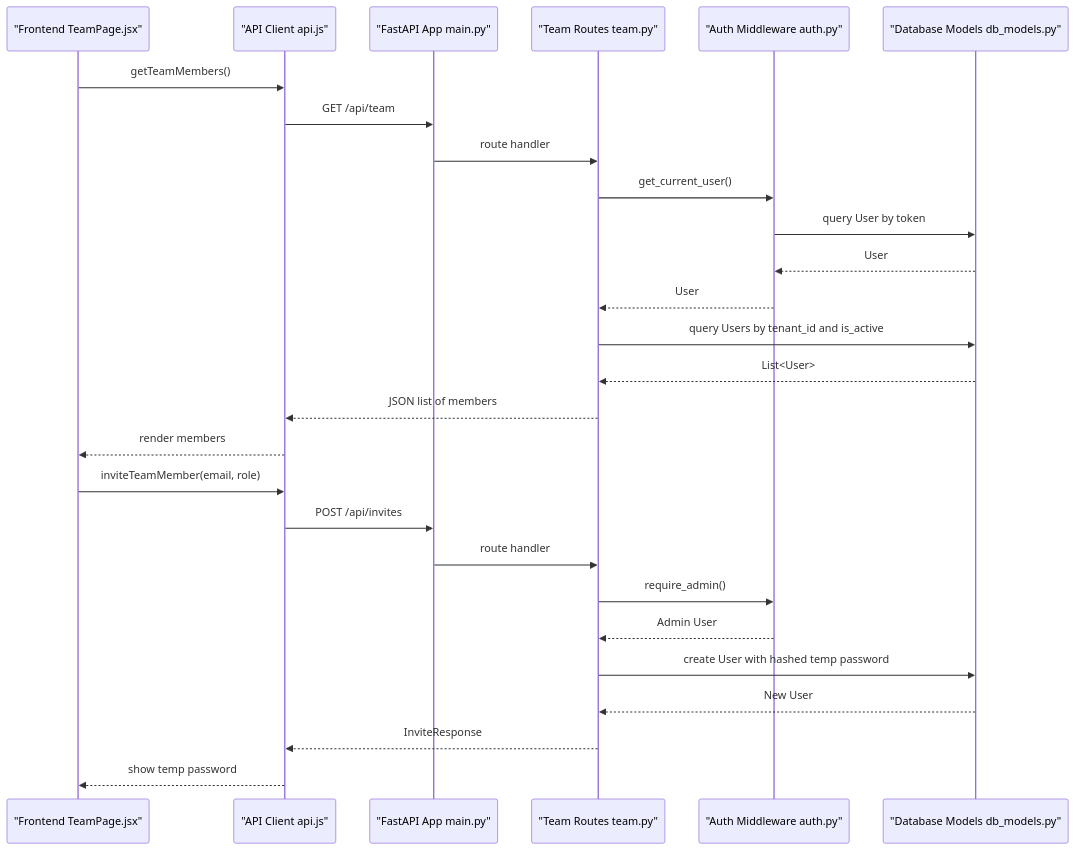
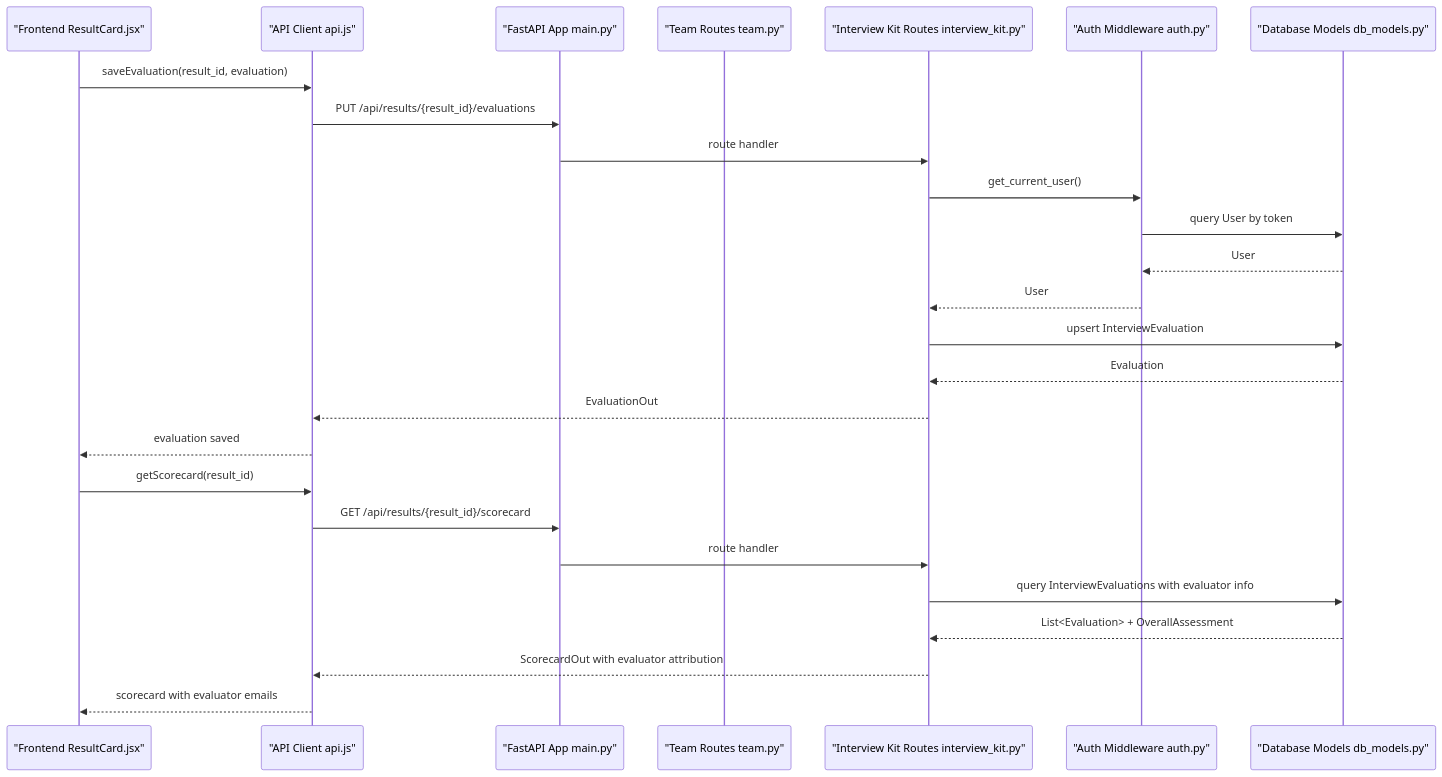
One commit to Revanththetalogics/aireume changed the second of 9 diagrams in .qoder/repowiki/en/content/API Reference/Team & Collaboration.md. Above: the diagram before and after it, drawn with Mermaid. The commit also changed other lines of this file and 6 other files, not shown here.

````diff
--- a/.qoder/repowiki/en/content/API Reference/Team & Collaboration.md
+++ b/.qoder/repowiki/en/content/API Reference/Team & Collaboration.md
@@ -108,29 +154,28 @@
 ```mermaid
 sequenceDiagram
-participant FE as "Frontend TeamPage.jsx"
+participant FE as "Frontend ResultCard.jsx"
 participant API as "API Client api.js"
 participant APP as "FastAPI App main.py"
-participant ROUTE as "Team Routes team.py"
+participant TEAM_ROUTE as "Team Routes team.py"
+participant EVAL_ROUTE as "Interview Kit Routes interview_kit.py"
 participant AUTH as "Auth Middleware auth.py"
 participant DB as "Database Models db_models.py"
-FE->>API : getTeamMembers()
-API->>APP : GET /api/team
-APP->>ROUTE : route handler
-ROUTE->>AUTH : get_current_user()
+FE->>API : saveEvaluation(result_id, evaluation)
+API->>APP : PUT /api/results/{result_id}/evaluations
+APP->>EVAL_ROUTE : route handler
+EVAL_ROUTE->>AUTH : get_current_user()
 AUTH->>DB : query User by token
 DB-->>AUTH : User
-AUTH-->>ROUTE : User
-ROUTE->>DB : query Users by tenant_id and is_active
-DB-->>ROUTE : List<User>
-ROUTE-->>API : JSON list of members
-API-->>FE : render members
-FE->>API : inviteTeamMember(email, role)
-API->>APP : POST /api/invites
-APP->>ROUTE : route handler
-ROUTE->>AUTH : require_admin()
-AUTH-->>ROUTE : Admin User
-ROUTE->>DB : create User with hashed temp password
-DB-->>ROUTE : New User
-ROUTE-->>API : InviteResponse
-API-->>FE : show temp password
+AUTH-->>EVAL_ROUTE : User
+EVAL_ROUTE->>DB : upsert InterviewEvaluation
+DB-->>EVAL_ROUTE : Evaluation
+EVAL_ROUTE-->>API : EvaluationOut
+API-->>FE : evaluation saved
+FE->>API : getScorecard(result_id)
+API->>APP : GET /api/results/{result_id}/scorecard
+APP->>EVAL_ROUTE : route handler
+EVAL_ROUTE->>DB : query InterviewEvaluations with evaluator info
+DB-->>EVAL_ROUTE : List<Evaluation> + OverallAssessment
+EVAL_ROUTE-->>API : ScorecardOut with evaluator attribution
+API-->>FE : scorecard with evaluator emails
 ```
````
